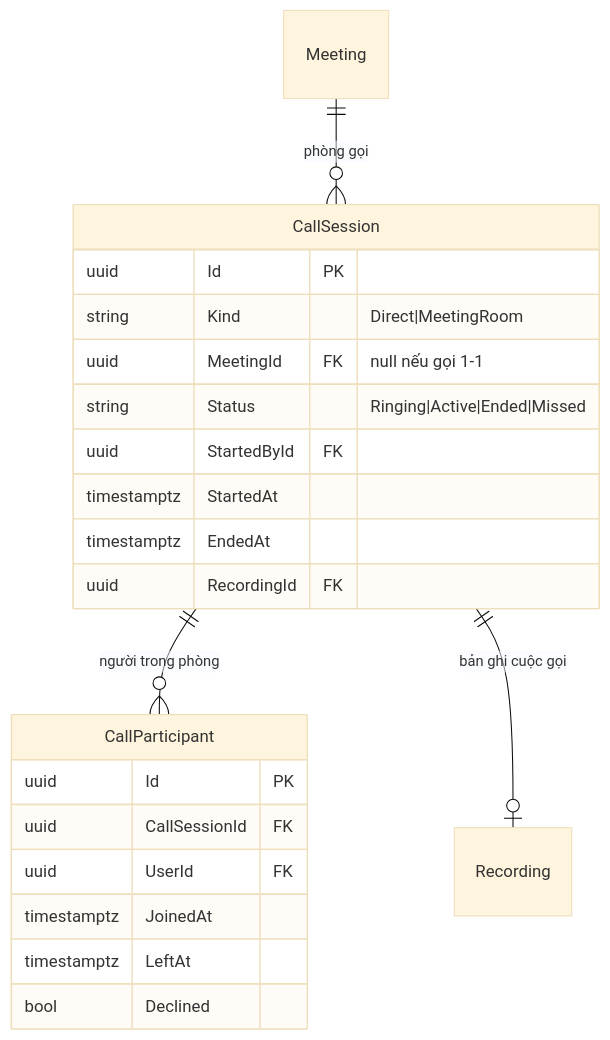
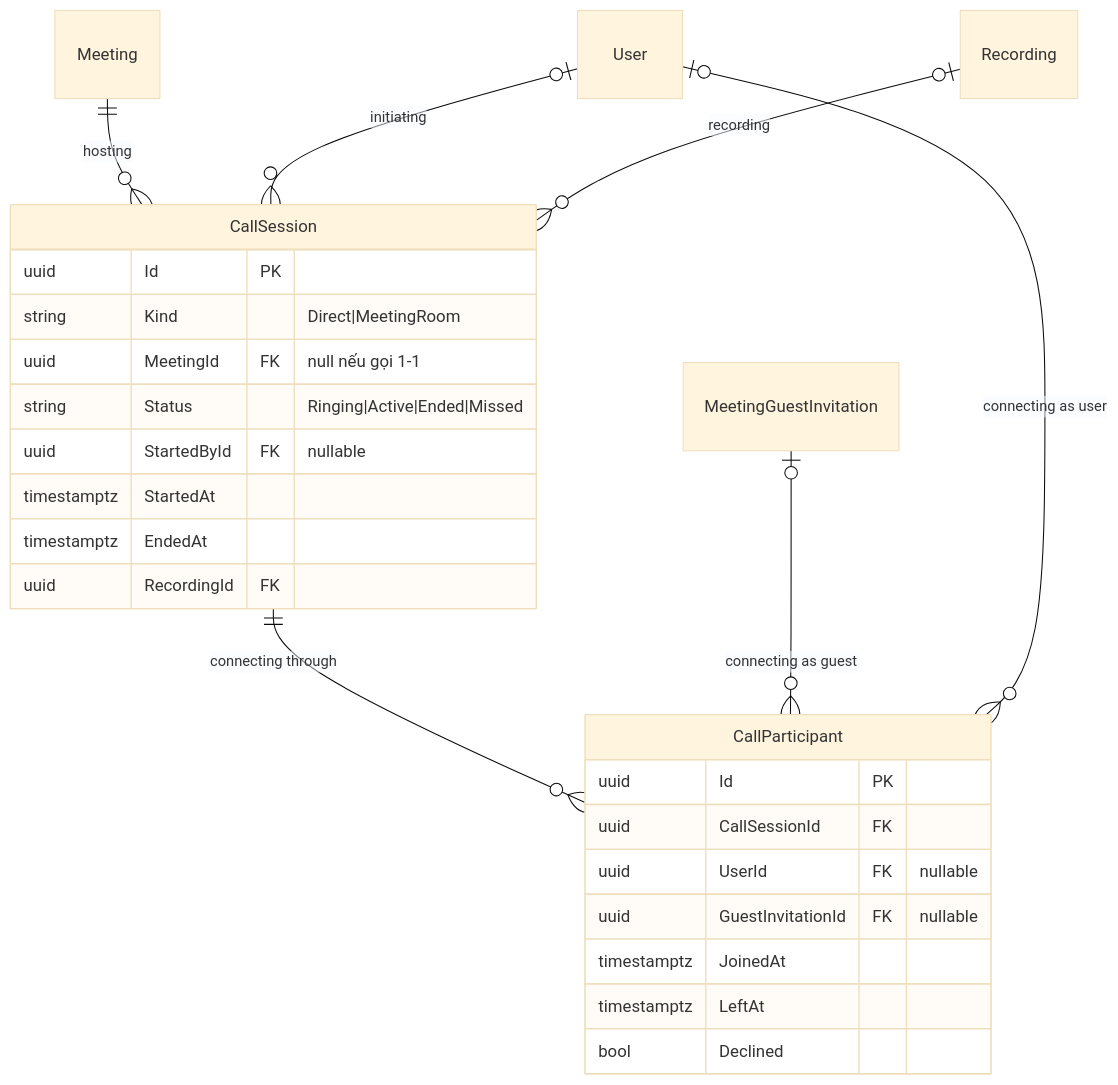
The fifth of 6 diagrams in docs/02-design/02-erd.md (callmehai/FU-FA26-G116), drawn with Mermaid (base theme) before and after one commit. The commit also changed other lines of this file and 3 other files, not shown here.

First line of the commit message:
[Doc]: Đồng bộ tài liệu ERD 30 thực thể, cập nhật đặc tả UC và Sequence Diagram UC-21

````diff
--- a/docs/02-design/02-erd.md
+++ b/docs/02-design/02-erd.md
@@ -336,25 +400,29 @@
 ```mermaid
 erDiagram
-    Meeting ||--o{ CallSession : "phòng gọi"
-    CallSession ||--o{ CallParticipant : "người trong phòng"
-    CallSession ||--o| Recording : "bản ghi cuộc gọi"
+    Meeting ||--o{ CallSession : "hosting"
+    CallSession ||--o{ CallParticipant : "connecting through"
+    User o|--o{ CallSession : "initiating"
+    Recording o|--o{ CallSession : "recording"
+    MeetingGuestInvitation o|--o{ CallParticipant : "connecting as guest"
+    User o|--o{ CallParticipant : "connecting as user"
 
     CallSession {
         uuid Id PK
         string Kind "Direct|MeetingRoom"
         uuid MeetingId FK "null nếu gọi 1-1"
         string Status "Ringing|Active|Ended|Missed"
-        uuid StartedById FK
+        uuid StartedById FK "nullable"
         timestamptz StartedAt
         timestamptz EndedAt
         uuid RecordingId FK
     }
     CallParticipant {
         uuid Id PK
         uuid CallSessionId FK
-        uuid UserId FK
+        uuid UserId FK "nullable"
+        uuid GuestInvitationId FK "nullable"
         timestamptz JoinedAt
         timestamptz LeftAt
         bool Declined
     }
 ```
````
